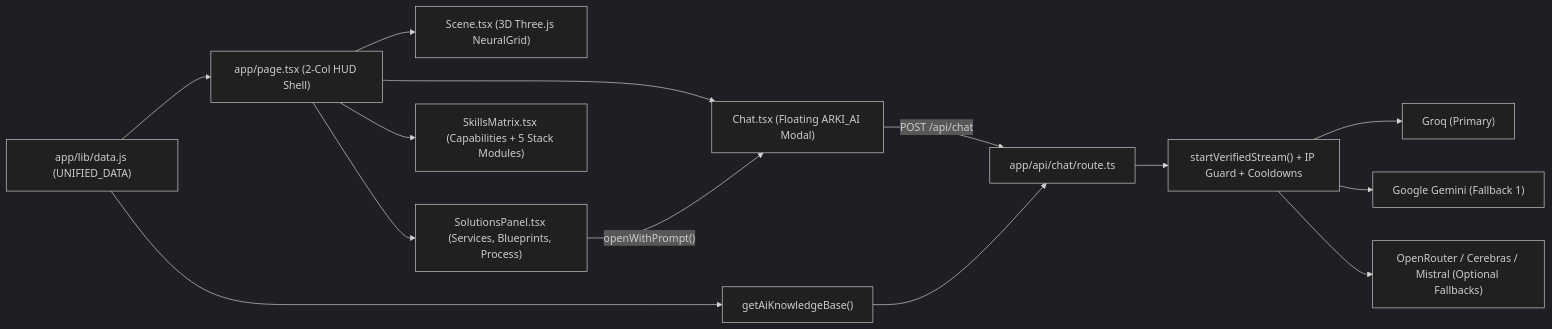
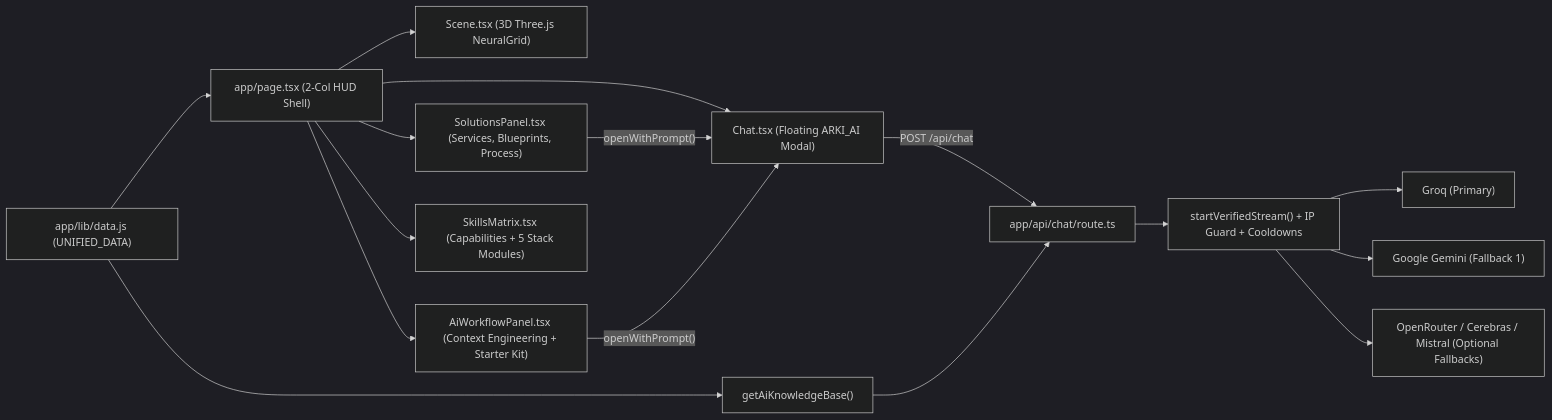
Before and after one commit to Noah202226/noaligpitan-26: the diagram in context/ARCHITECTURE.md, drawn with Mermaid (dark theme). The commit also changed other lines of this file and 21 other files, not shown here.

````diff
--- a/context/ARCHITECTURE.md
+++ b/context/ARCHITECTURE.md
@@ -16,19 +16,21 @@
 ```mermaid
 flowchart LR
     Data["app/lib/data.js (UNIFIED_DATA)"] --> Page["app/page.tsx (2-Col HUD Shell)"]
     Data --> KB["getAiKnowledgeBase()"]
 
     Page --> Scene["Scene.tsx (3D Three.js NeuralGrid)"]
     Page --> Solutions["SolutionsPanel.tsx (Services, Blueprints, Process)"]
+    Page --> Workflow["AiWorkflowPanel.tsx (Context Engineering + Starter Kit)"]
     Page --> Skills["SkillsMatrix.tsx (Capabilities + 5 Stack Modules)"]
     Page --> Chat["Chat.tsx (Floating ARKI_AI Modal)"]
 
     Solutions -- "openWithPrompt()" --> Chat
+    Workflow -- "openWithPrompt()" --> Chat
     Chat -- "POST /api/chat" --> Route["app/api/chat/route.ts"]
     KB --> Route
 
     Route --> Preflight["startVerifiedStream() + IP Guard + Cooldowns"]
     Preflight --> Groq["Groq (Primary)"]
     Preflight --> Gemini["Google Gemini (Fallback 1)"]
     Preflight --> Optional["OpenRouter / Cerebras / Mistral (Optional Fallbacks)"]
 ```
````
